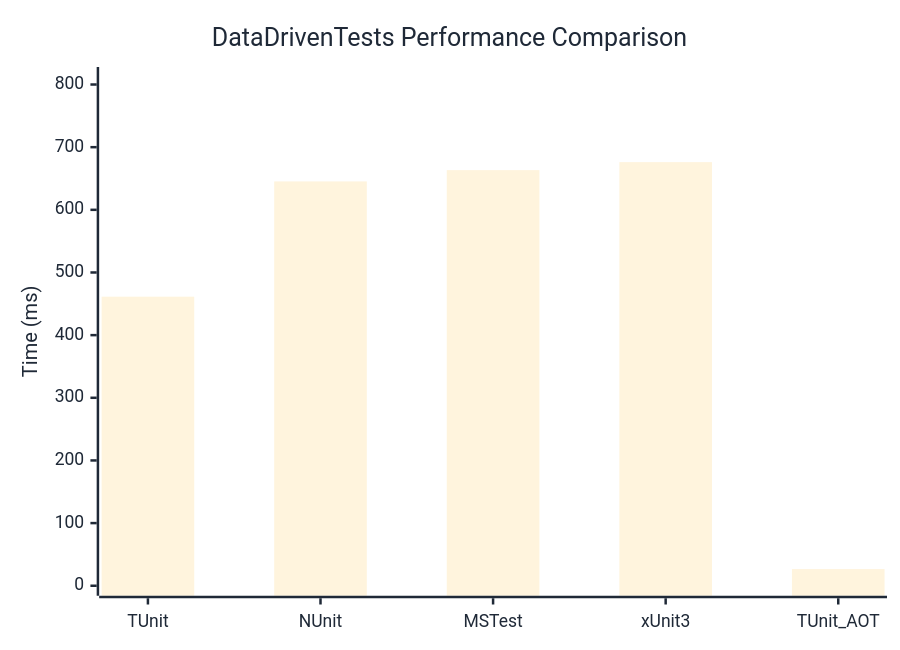
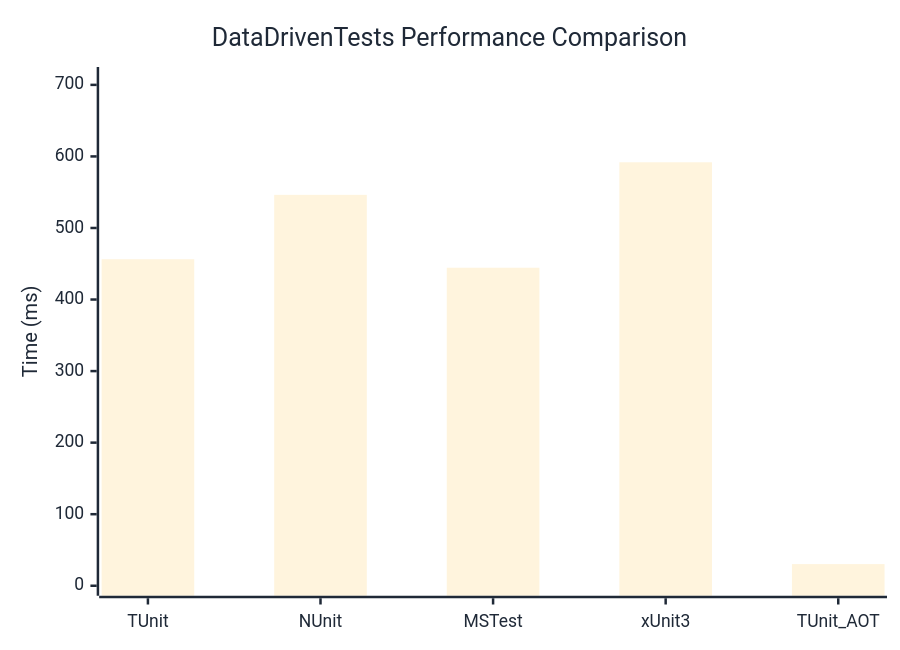
Before and after one commit to weiyilai/TUnit: the diagram in docs/docs/benchmarks/DataDrivenTests.md, drawn with Mermaid. The commit also changed other lines of this file and 17 other files, not shown here.

````diff
--- a/docs/docs/benchmarks/DataDrivenTests.md
+++ b/docs/docs/benchmarks/DataDrivenTests.md
@@ -27,37 +27,37 @@
 ```mermaid
 %%{init: {
   'theme':'base',
   'themeVariables': {
     'primaryColor': '#2563eb',
     'primaryTextColor': '#1f2937',
     'primaryBorderColor': '#1e40af',
     'lineColor': '#6b7280',
     'secondaryColor': '#7c3aed',
     'tertiaryColor': '#dc2626',
     'background': '#ffffff',
     'mainBkg': '#2563eb',
     'secondBkg': '#7c3aed',
     'tertiaryBkg': '#dc2626',
     'clusterBkg': '#f3f4f6',
     'edgeLabelBackground': '#ffffff',
     'tertiaryTextColor': '#1f2937',
     'pie1': '#2563eb',
     'pie2': '#7c3aed',
     'pie3': '#dc2626',
     'pie4': '#f59e0b',
     'pie5': '#10b981',
     'pie6': '#06b6d4',
     'pie7': '#ec4899',
     'pie8': '#6366f1',
     'pie9': '#84cc16',
     'pie10': '#f97316',
     'pie11': '#14b8a6',
     'pie12': '#a855f7'
   }
 }}%%
 xychart-beta
   title "DataDrivenTests Performance Comparison"
   x-axis ["TUnit", "NUnit", "MSTest", "xUnit3", "TUnit_AOT"]
-  y-axis "Time (ms)" 0 --> 812
-  bar [461.39, 645.36, 663.37, 676.12, 26.63]
+  y-axis "Time (ms)" 0 --> 711
+  bar [456.33, 546.29, 444.43, 591.82, 30.24]
 ```
````
